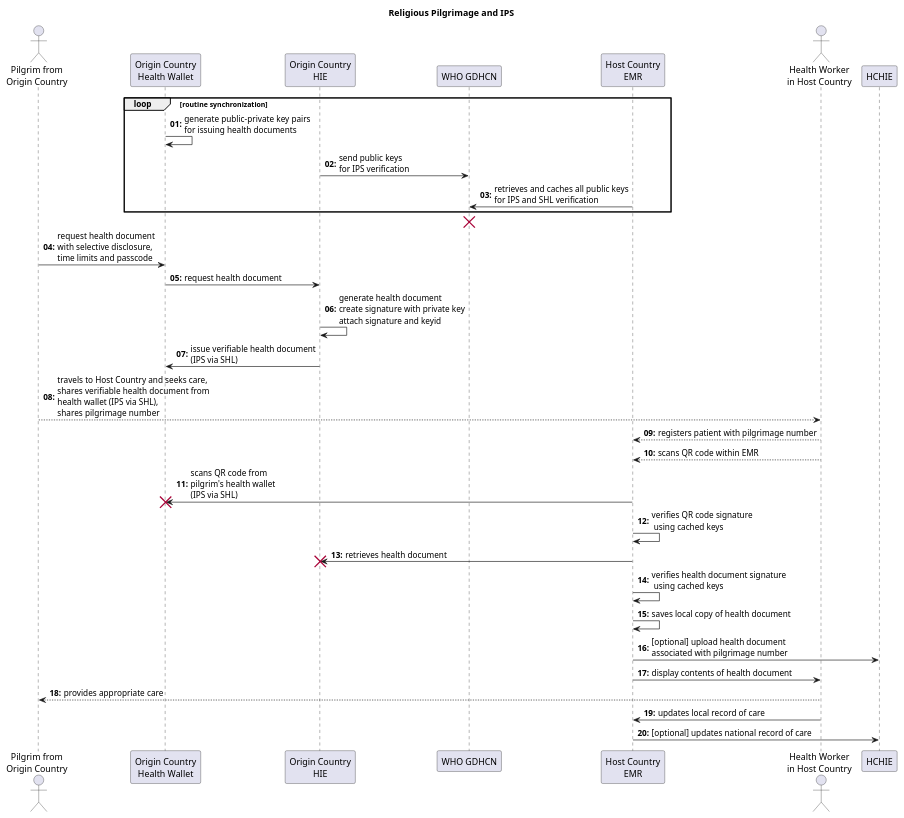
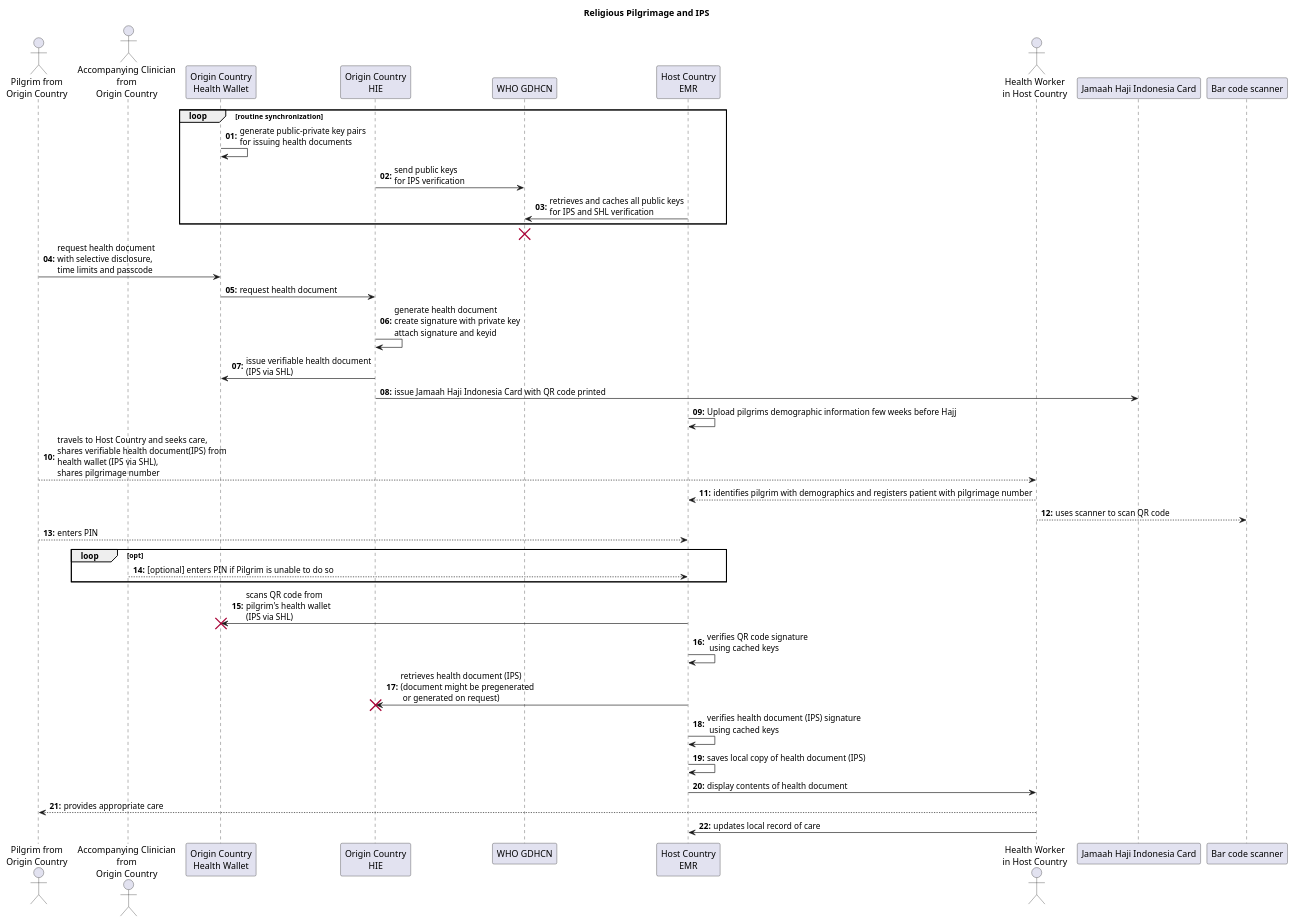
Before and after one commit to mtavhel-tsch/smart-ips-pilgrimage: the diagram in input/images-source/sequence.plantuml, drawn with PlantUML. The commit also changed 11 other files, not shown here.

```diff
--- a/input/images-source/sequence.plantuml
+++ b/input/images-source/sequence.plantuml
@@ -1,48 +1,58 @@
 @startuml
 skinparam svgDimensionStyle false
 
 title Religious Pilgrimage and IPS
 
 actor "Pilgrim from\nOrigin Country" as P
+actor "Accompanying Clinician\nfrom\nOrigin Country" as C
 participant "Origin Country\nHealth Wallet" as OC
 participant "Origin Country\nHIE" as OCHIE
 participant "WHO GDHCN" as WHO
 participant "Host Country\nEMR" as HCEMR
 actor "Health Worker\nin Host Country" as HW
+participant "Jamaah Haji Indonesia Card" as QRCard
+participant "Bar code scanner" as Scanner
 
 autonumber "<b>00:</b>"
 
 
 loop routine synchronization 
   OC -> OC : generate public-private key pairs\nfor issuing health documents
   OCHIE -> WHO: send public keys\nfor IPS verification
   HCEMR -> WHO : retrieves and caches all public keys\nfor IPS and SHL verification
 end
 destroy WHO
 
 P -> OC  : request health document\nwith selective disclosure,\ntime limits and passcode
 OC -> OCHIE : request health document
 
 OCHIE  -> OCHIE : generate health document\ncreate signature with private key\nattach signature and keyid
 OCHIE -> OC : issue verifiable health document\n(IPS via SHL)
+OCHIE -> QRCard: issue Jamaah Haji Indonesia Card with QR code printed
 
-P --> HW: travels to Host Country and seeks care,\nshares verifiable health document from\nhealth wallet (IPS via SHL),\nshares pilgrimage number
-HW --> HCEMR: registers patient with pilgrimage number
-HW --> HCEMR: scans QR code within EMR
+
+HCEMR -> HCEMR: Upload pilgrims demographic information few weeks before Hajj
+P --> HW: travels to Host Country and seeks care,\nshares verifiable health document(IPS) from\nhealth wallet (IPS via SHL),\nshares pilgrimage number
+HW --> HCEMR: identifies pilgrim with demographics and registers patient with pilgrimage number
+HW --> Scanner: uses scanner to scan QR code
+P --> HCEMR: enters PIN
+loop opt
+    C --> HCEMR: [optional] enters PIN if Pilgrim is unable to do so
+end
+
+
 HCEMR -> OC: scans QR code from\npilgrim's health wallet\n(IPS via SHL)
 destroy OC
 HCEMR -> HCEMR: verifies QR code signature\n using cached keys
-HCEMR  -> OCHIE : retrieves health document
+HCEMR  -> OCHIE : retrieves health document (IPS)\n(document might be pregenerated\n or generated on request)
 destroy OCHIE
 
 
-HCEMR-> HCEMR: verifies health document signature\n using cached keys
-HCEMR -> HCEMR: saves local copy of health document
-HCEMR-> HCHIE: [optional] upload health document\nassociated with pilgrimage number
+HCEMR-> HCEMR: verifies health document (IPS) signature\n using cached keys
+HCEMR -> HCEMR: saves local copy of health document (IPS)
 HCEMR->HW: display contents of health document
  
 HW --> P: provides appropriate care
 HW -> HCEMR: updates local record of care
-HCEMR->HCHIE: [optional] updates national record of care
 
 @enduml
```
